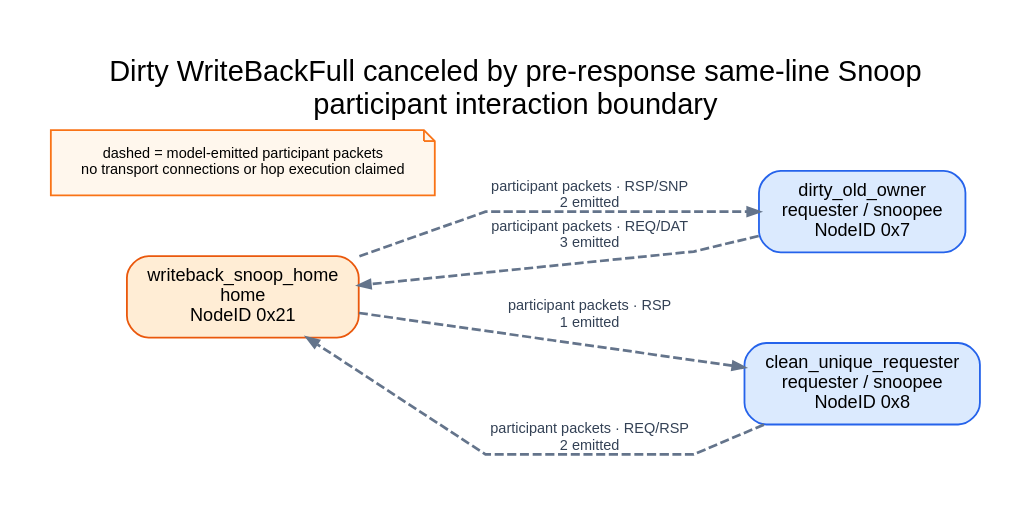
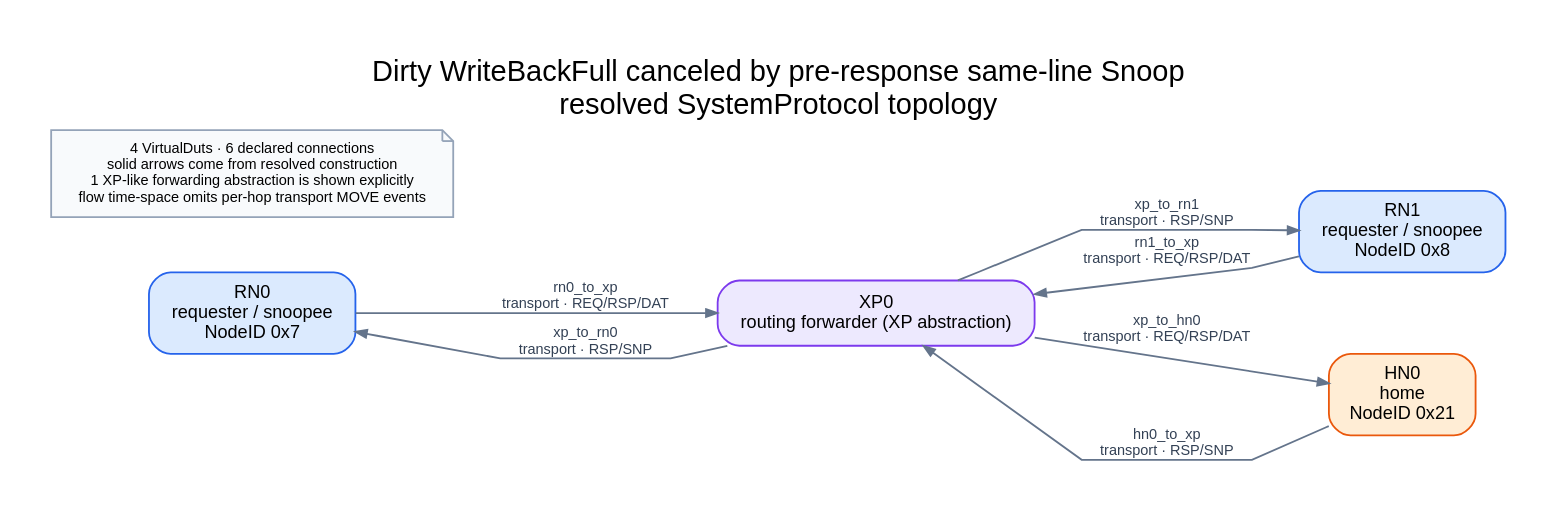
One commit to WhiteDeerPro/PROTOCOL_MODEL changed the diagram in showcase/generated/chi/issue-h-flow-gallery/sources/cases/writeback-snoop-cancel/topology.dot. Above: the diagram before and after it, drawn with Graphviz. The commit also changed 74 other files, not shown here.

Commit message:
Route CHI flow witnesses through explicit XP

```diff
--- a/showcase/generated/chi/issue-h-flow-gallery/sources/cases/writeback-snoop-cancel/topology.dot
+++ b/showcase/generated/chi/issue-h-flow-gallery/sources/cases/writeback-snoop-cancel/topology.dot
@@ -1,13 +1,16 @@
 digraph "chi_flow_writeback-snoop-cancel" {
-  graph [rankdir=LR, bgcolor="white", pad=0.28, nodesep=0.46, ranksep=0.78, splines=polyline, labelloc="t", label="Dirty WriteBackFull canceled by pre-response same-line Snoop\nparticipant interaction boundary", fontname="sans-serif", fontsize=16];
+  graph [rankdir=LR, bgcolor="white", pad=0.28, nodesep=0.42, ranksep=0.72, splines=polyline, labelloc="t", label="Dirty WriteBackFull canceled by pre-response same-line Snoop\nresolved SystemProtocol topology", fontname="sans-serif", fontsize=16];
   node [shape=box, style="rounded,filled", fontname="sans-serif", fontsize=10, margin="0.13,0.08"];
-  edge [style=dashed, penwidth=1.5, fontname="sans-serif", fontsize=8, color="#64748b", fontcolor="#334155", arrowsize=0.62];
-  "node-33" [label="writeback_snoop_home\nhome\nNodeID 0x21", fillcolor="#ffedd5", color="#ea580c", tooltip="writeback_snoop_home"];
-  "node-7" [label="dirty_old_owner\nrequester / snoopee\nNodeID 0x7", fillcolor="#dbeafe", color="#2563eb", tooltip="dirty_old_owner.coherence"];
-  "node-8" [label="clean_unique_requester\nrequester / snoopee\nNodeID 0x8", fillcolor="#dbeafe", color="#2563eb", tooltip="clean_unique_requester.coherence"];
-  "node-7" -> "node-33" [label="participant packets · REQ/DAT\n3 emitted", tooltip="WriteBackFull, SnpRespData, CopyBackWrData"];
-  "node-8" -> "node-33" [label="participant packets · REQ/RSP\n2 emitted", tooltip="CleanUnique, CompAck"];
-  "node-33" -> "node-7" [label="participant packets · RSP/SNP\n2 emitted", tooltip="SnpCleanInvalid, CompDBIDResp"];
-  "node-33" -> "node-8" [label="participant packets · RSP\n1 emitted", tooltip="Comp"];
-  boundary [shape=note, style="filled", fillcolor="#fff7ed", color="#f97316", fontsize=8, label="dashed = model-emitted participant packets\nno transport connections or hop execution claimed"];
+  edge [fontname="sans-serif", fontsize=8, color="#64748b", fontcolor="#334155", arrowsize=0.62];
+  "rn0" [label="RN0\nrequester / snoopee\nNodeID 0x7", fillcolor="#dbeafe", color="#2563eb"];
+  "rn1" [label="RN1\nrequester / snoopee\nNodeID 0x8", fillcolor="#dbeafe", color="#2563eb"];
+  "hn0" [label="HN0\nhome\nNodeID 0x21", fillcolor="#ffedd5", color="#ea580c"];
+  "xp0" [label="XP0\nrouting forwarder (XP abstraction)", fillcolor="#ede9fe", color="#7c3aed"];
+  "rn0" -> "xp0" [label="rn0_to_xp\ntransport · REQ/RSP/DAT", tooltip="rn0.tx_to_xp → xp0.from_rn0"];
+  "rn1" -> "xp0" [label="rn1_to_xp\ntransport · REQ/RSP/DAT", tooltip="rn1.tx_to_xp → xp0.from_rn1"];
+  "hn0" -> "xp0" [label="hn0_to_xp\ntransport · RSP/SNP", tooltip="hn0.tx_to_xp → xp0.from_hn0"];
+  "xp0" -> "rn0" [label="xp_to_rn0\ntransport · RSP/SNP", tooltip="xp0.to_rn0 → rn0.rx_from_xp"];
+  "xp0" -> "rn1" [label="xp_to_rn1\ntransport · RSP/SNP", tooltip="xp0.to_rn1 → rn1.rx_from_xp"];
+  "xp0" -> "hn0" [label="xp_to_hn0\ntransport · REQ/RSP/DAT", tooltip="xp0.to_hn0 → hn0.rx_from_xp"];
+  evidence [shape=note, style="filled", fillcolor="#f8fafc", color="#94a3b8", fontsize=8, label="4 VirtualDuts · 6 declared connections\nsolid arrows come from resolved construction\n1 XP-like forwarding abstraction is shown explicitly\nflow time-space omits per-hop transport MOVE events"];
 }
```
